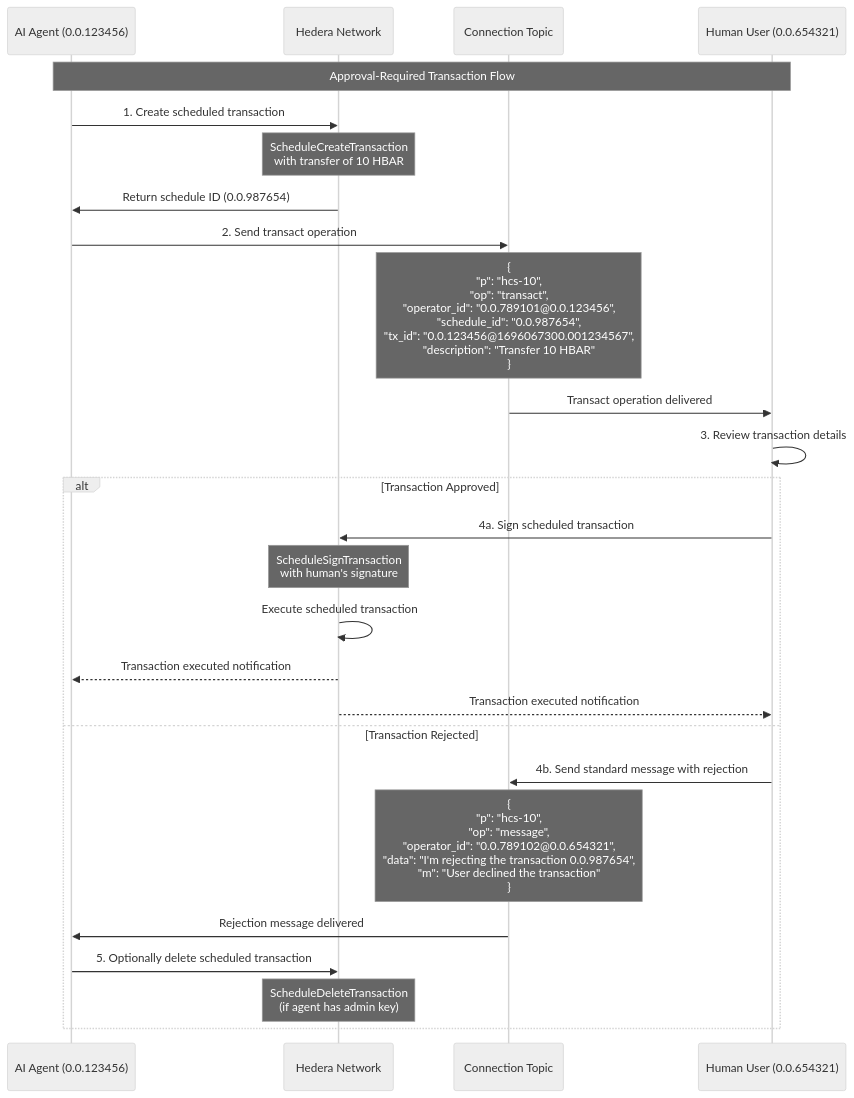
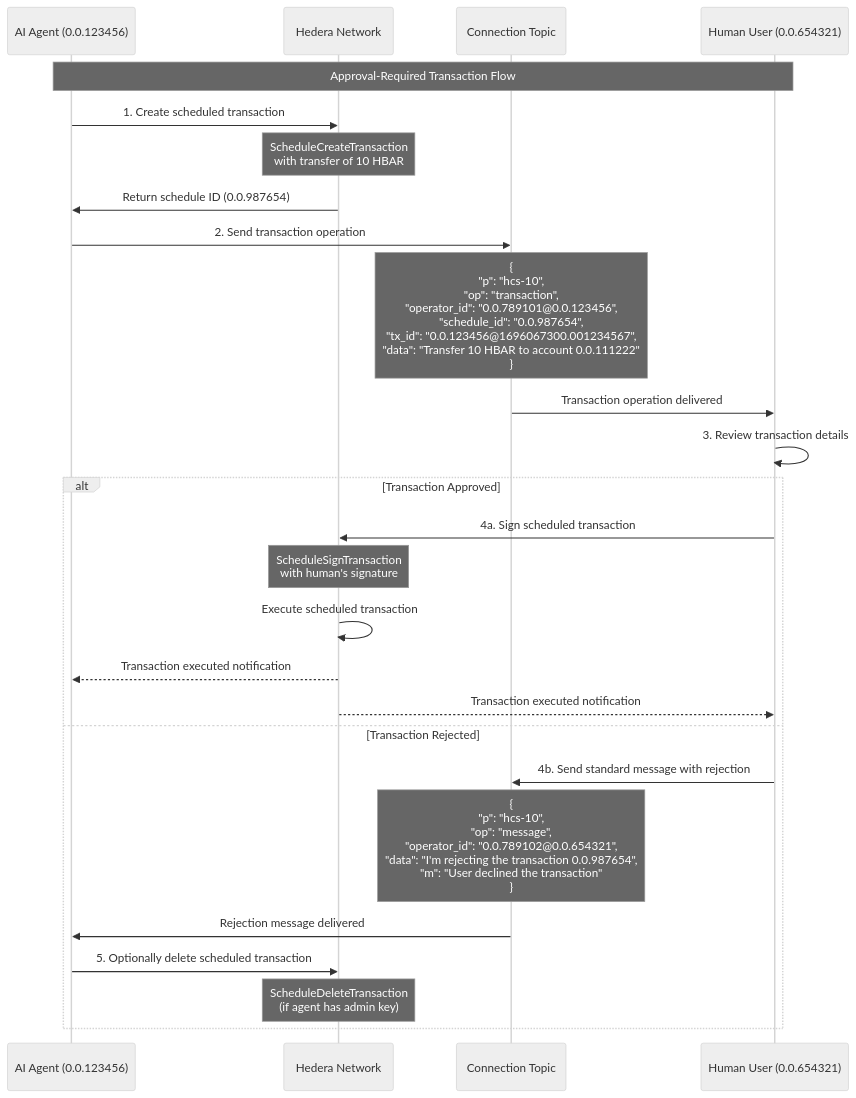
The tenth of 12 diagrams in docs/standards/hcs-10/index.md (hashgraph-online/hcs-improvement-proposals), drawn with Mermaid (neutral theme) before and after one commit. The commit also changed other lines of this file, not shown here.

Commit message:
fix: transt to transaction

````diff
--- a/docs/standards/hcs-10/index.md
+++ b/docs/standards/hcs-10/index.md
@@ -850,35 +913,35 @@
 ```mermaid
 sequenceDiagram
     participant Agent as AI Agent (0.0.123456)
     participant Hedera as Hedera Network
     participant Topic as Connection Topic
     participant Human as Human User (0.0.654321)
 
     Note over Agent,Human: Approval-Required Transaction Flow
 
     Agent->>Hedera: 1. Create scheduled transaction
     Note over Hedera: ScheduleCreateTransaction<br/>with transfer of 10 HBAR
     Hedera->>Agent: Return schedule ID (0.0.987654)
 
-    Agent->>Topic: 2. Send transact operation
-    Note over Topic: {<br/>  "p": "hcs-10",<br/>  "op": "transact",<br/>  "operator_id": "0.0.789101@0.0.123456",<br/>  "schedule_id": "0.0.987654",<br/>  "tx_id": "0.0.123456@1696067300.001234567",<br/>  "description": "Transfer 10 HBAR"<br/>}
-    Topic->>Human: Transact operation delivered
+    Agent->>Topic: 2. Send transaction operation
+    Note over Topic: {<br/>  "p": "hcs-10",<br/>  "op": "transaction",<br/>  "operator_id": "0.0.789101@0.0.123456",<br/>  "schedule_id": "0.0.987654",<br/>  "tx_id": "0.0.123456@1696067300.001234567",<br/>  "data": "Transfer 10 HBAR to account 0.0.111222"<br/>}
+    Topic->>Human: Transaction operation delivered
 
     Human->>Human: 3. Review transaction details
 
     alt Transaction Approved
         Human->>Hedera: 4a. Sign scheduled transaction
         Note over Hedera: ScheduleSignTransaction<br/>with human's signature
 
         Hedera->>Hedera: Execute scheduled transaction
         Hedera-->>Agent: Transaction executed notification
         Hedera-->>Human: Transaction executed notification
     else Transaction Rejected
         Human->>Topic: 4b. Send standard message with rejection
         Note over Topic: {<br/>  "p": "hcs-10",<br/>  "op": "message",<br/>  "operator_id": "0.0.789102@0.0.654321",<br/>  "data": "I'm rejecting the transaction 0.0.987654",<br/>  "m": "User declined the transaction"<br/>}
         Topic->>Agent: Rejection message delivered
 
         Agent->>Hedera: 5. Optionally delete scheduled transaction
         Note over Hedera: ScheduleDeleteTransaction<br/>(if agent has admin key)
     end
 ```
````
